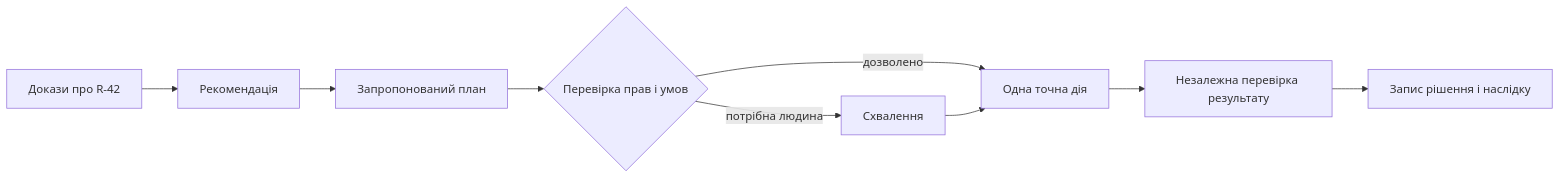
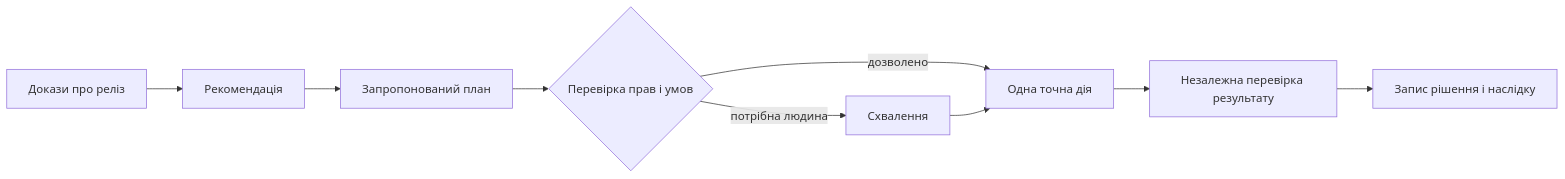
Before and after one commit to nick-fedchik/articles: the diagram in ExpertSystem/18-Expert-System-From-Recommendation-To-Action-UA.md, drawn with Mermaid. The commit also changed other lines of this file, not shown here.

````diff
--- a/ExpertSystem/18-Expert-System-From-Recommendation-To-Action-UA.md
+++ b/ExpertSystem/18-Expert-System-From-Recommendation-To-Action-UA.md
@@ -26,11 +26,11 @@
 ```mermaid
 flowchart LR
-  E[Докази про R-42] --> R[Рекомендація]
+  E[Докази про реліз] --> R[Рекомендація]
   R --> P[Запропонований план]
   P --> G{Перевірка прав і умов}
   G -->|дозволено| A[Одна точна дія]
   G -->|потрібна людина| H[Схвалення]
   H --> A
   A --> V[Незалежна перевірка результату]
   V --> O[Запис рішення і наслідку]
 ```
````
